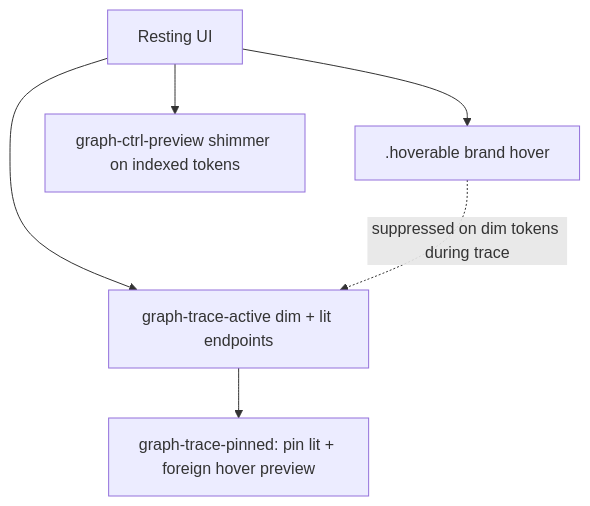
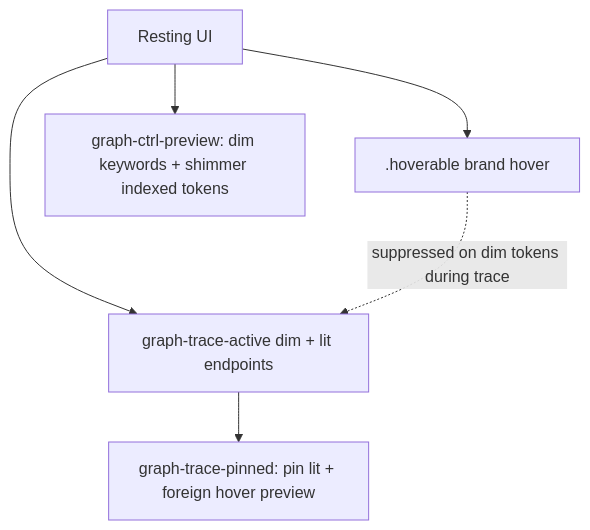
One commit to matkleve/codegrapher changed the diagram in docs/specs/system/interaction-emphasis.md. Above: the diagram before and after it, drawn with Mermaid. The commit also changed other lines of this file and 26 other files, not shown here.

````diff
--- a/docs/specs/system/interaction-emphasis.md
+++ b/docs/specs/system/interaction-emphasis.md
@@ -19,8 +19,8 @@
 ```mermaid
 flowchart TB
   Base[Resting UI] --> Hover[.hoverable brand hover]
-  Base --> Ctrl[graph-ctrl-preview shimmer on indexed tokens]
+  Base --> Ctrl[graph-ctrl-preview: dim keywords + shimmer indexed tokens]
   Base --> Trace[graph-trace-active dim + lit endpoints]
   Trace --> Pin[graph-trace-pinned: pin lit + foreign hover preview]
   Hover -.->|suppressed on dim tokens during trace| Trace
 ```
````
